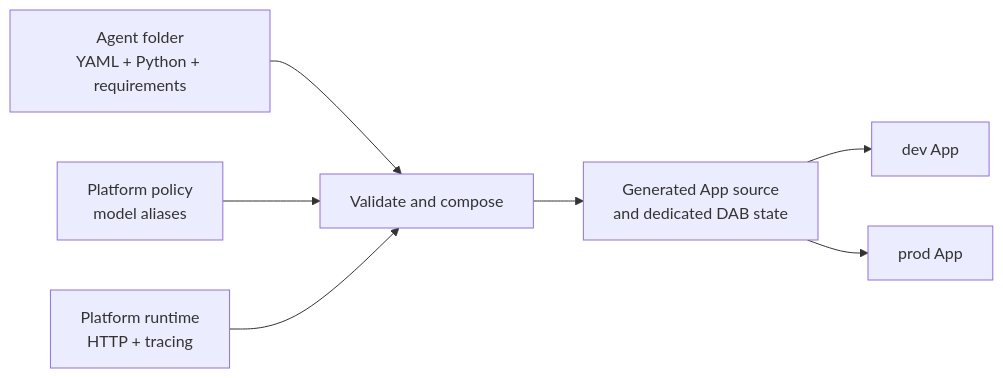
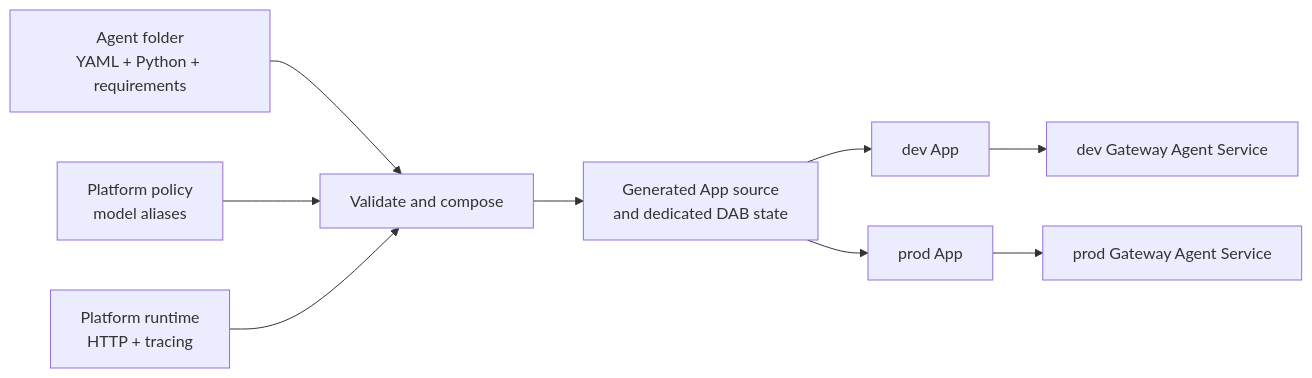
The diagram in docs/architecture/folder-defined-agents.md (zacdav-db/databricks-agent-cicd-sandpit), drawn with Mermaid before and after one commit. The commit also changed other lines of this file and 11 other files, not shown here.

Commit message:
feat: require gateway registration for agent apps

````diff
--- a/docs/architecture/folder-defined-agents.md
+++ b/docs/architecture/folder-defined-agents.md
@@ -8,17 +8,19 @@
 ```mermaid
 flowchart LR
     Folder["Agent folder<br/>YAML + Python + requirements"]
     Policy["Platform policy<br/>model aliases"]
     Runtime["Platform runtime<br/>HTTP + tracing"]
     Composer["Validate and compose"]
     Generated["Generated App source<br/>and dedicated DAB state"]
     Dev["dev App"]
+    DevGateway["dev Gateway Agent Service"]
     Prod["prod App"]
+    ProdGateway["prod Gateway Agent Service"]
 
     Folder --> Composer
     Policy --> Composer
     Runtime --> Composer
     Composer --> Generated
-    Generated --> Dev
-    Generated --> Prod
+    Generated --> Dev --> DevGateway
+    Generated --> Prod --> ProdGateway
 ```
````
